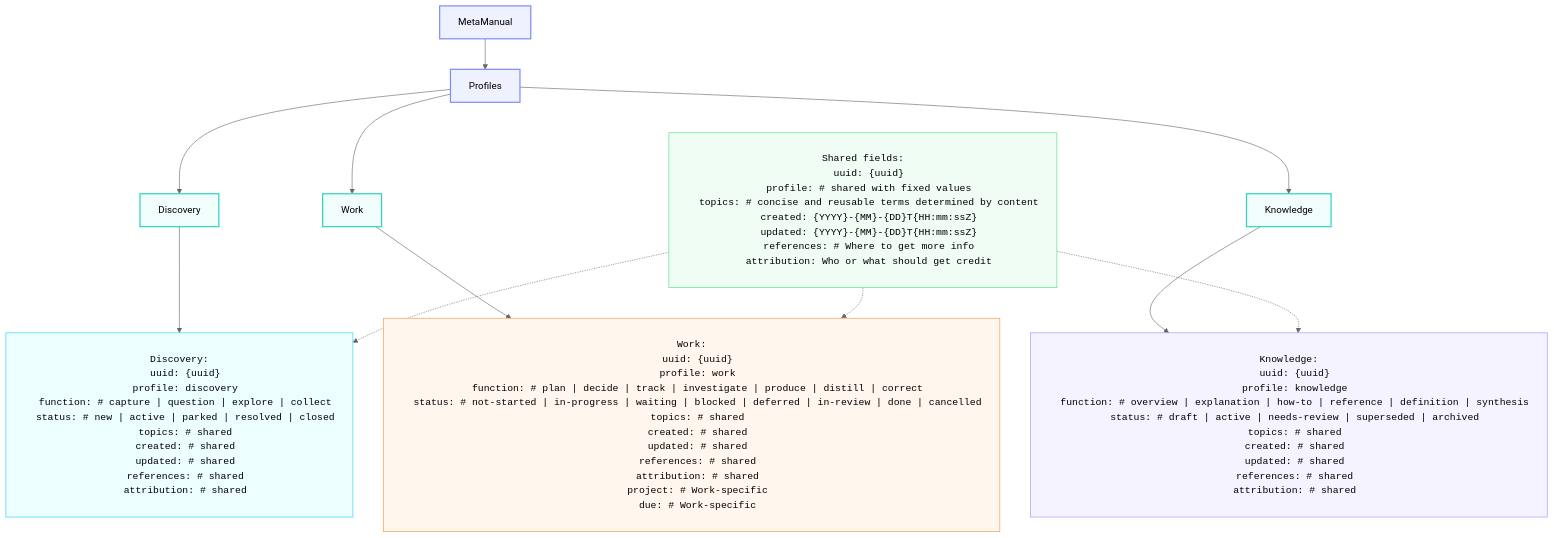
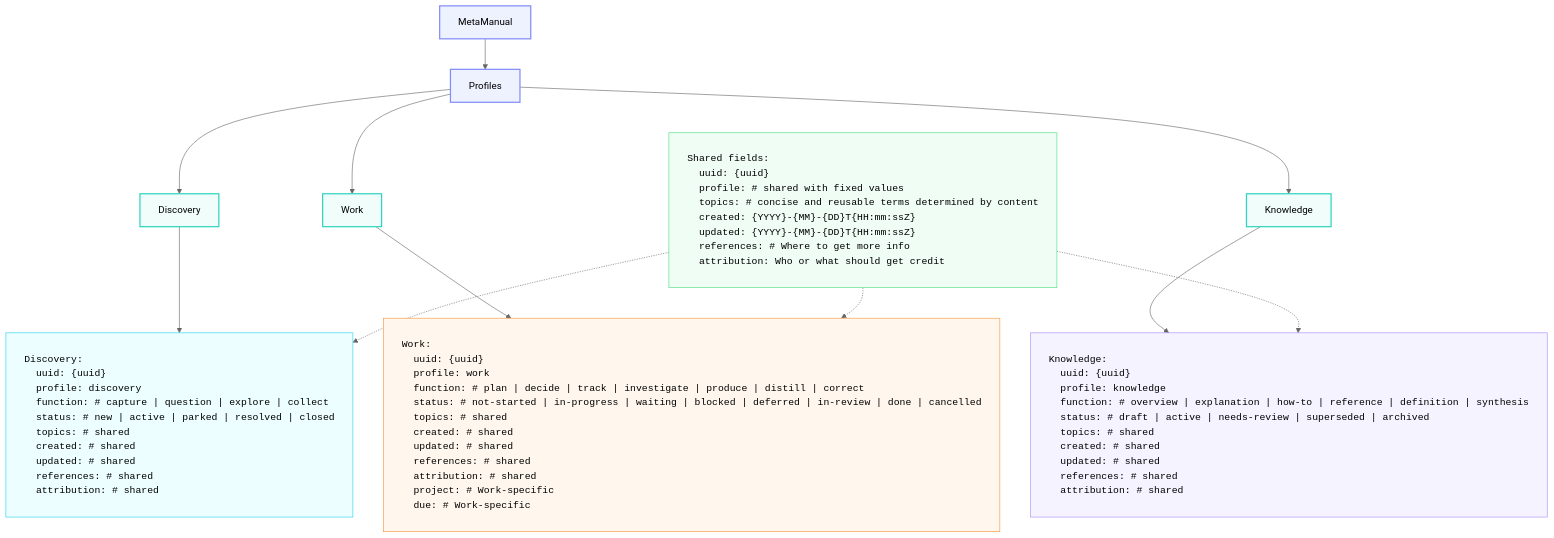
Before and after one commit to theosprencel/theodoctarine: the diagram in 003_RESOURCES/Cheatsheets/MetaManual Cheatsheet.md, drawn with Mermaid (neutral theme).

Commit message:
Updated from Octarine

````diff
--- a/003_RESOURCES/Cheatsheets/MetaManual Cheatsheet.md
+++ b/003_RESOURCES/Cheatsheets/MetaManual Cheatsheet.md
@@ -69,31 +69,31 @@
 ```mermaid
 flowchart TB
 M["MetaManual"] --> P["Profiles"]
 P --> D["Discovery"] & W["Work"] & K["Knowledge"]
 
 D --> DY["<pre>Discovery:<br/>  uuid: {uuid}<br/>  profile: discovery<br/>  function: # capture | question | explore | collect<br/>  status: # new | active | parked | resolved | closed<br/>  topics: # shared<br/>  created: # shared<br/>  updated: # shared<br/>  references: # shared<br/>  attribution: # shared</pre>"]
 
 W --> WY["<pre>Work:<br/>  uuid: {uuid}<br/>  profile: work<br/>  function: # plan | decide | track | investigate | produce | distill | correct<br/>  status: # not-started | in-progress | waiting | blocked | deferred | in-review | done | cancelled<br/>  topics: # shared<br/>  created: # shared<br/>  updated: # shared<br/>  references: # shared<br/>  attribution: # shared<br/>  project: # Work-specific<br/>  due: # Work-specific</pre>"]
 
 K --> KY["<pre>Knowledge:<br/>  uuid: {uuid}<br/>  profile: knowledge<br/>  function: # overview | explanation | how-to | reference | definition | synthesis<br/>  status: # draft | active | needs-review | superseded | archived<br/>  topics: # shared<br/>  created: # shared<br/>  updated: # shared<br/>  references: # shared<br/>  attribution: # shared</pre>"]
 
 S["<pre>Shared fields:<br/>  uuid: {uuid}<br/>  profile: # shared with fixed values<br/>  topics: # concise and reusable terms determined by content<br/>  created: {YYYY}-{MM}-{DD}T{HH:mm:ssZ}<br/>  updated: {YYYY}-{MM}-{DD}T{HH:mm:ssZ}<br/>  references: # Where to get more info<br/>  attribution: Who or what should get credit</pre>"]
 
     S -.-> DY
     S -.-> WY
     S -.-> KY
 
-    classDef root fill:#eef2ff,stroke:#818cf8,stroke-width:2px;
-    classDef profile fill:#f0fdfa,stroke:#2dd4bf,stroke-width:2px;
-    classDef data_discovery fill:#ecfeff,stroke:#22d3ee,stroke-width:1px;
-    classDef data_work fill:#fff7ed,stroke:#fb923c,stroke-width:1px;
-    classDef data_knowledge fill:#f5f3ff,stroke:#a78bfa,stroke-width:1px;
-    classDef shared fill:#f0fdf4,stroke:#4ade80,stroke-width:1px;
+    classDef root fill:#eef2ff,stroke:#818cf8,stroke-width:2px,color:#000000,text-align:left;
+    classDef profile fill:#f0fdfa,stroke:#2dd4bf,stroke-width:2px,color:#000000,text-align:left;
+    classDef data_discovery fill:#ecfeff,stroke:#22d3ee,stroke-width:1px,color:#000000,text-align:left;
+    classDef data_work fill:#fff7ed,stroke:#fb923c,stroke-width:1px,color:#000000,text-align:left;
+    classDef data_knowledge fill:#f5f3ff,stroke:#a78bfa,stroke-width:1px,color:#000000,text-align:left;
+    classDef shared fill:#f0fdf4,stroke:#4ade80,stroke-width:1px,color:#000000,text-align:left;
 
     class M,P root;
     class D,W,K profile;
     class DY data_discovery;
     class WY data_work;
     class KY data_knowledge;
     class S shared;
 ```
````
